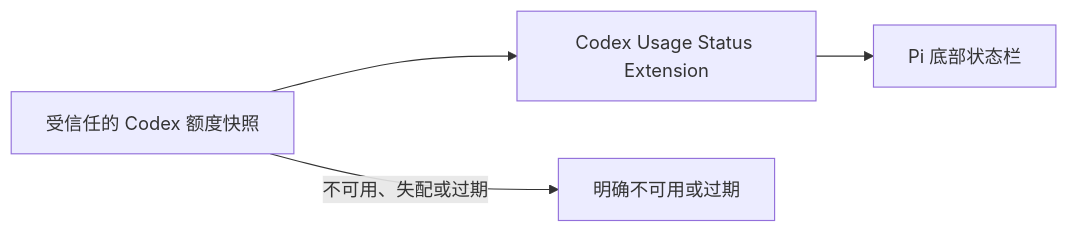
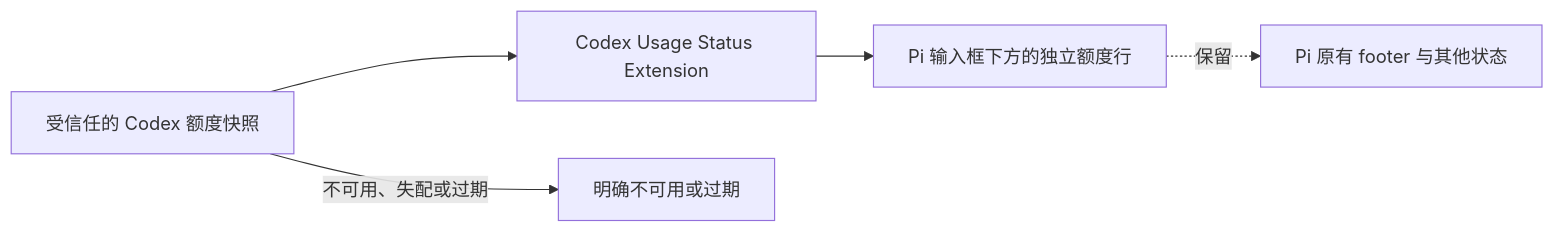
Before and after one commit to ZHOUKAILIAN/my-pi-extension: the diagram in docs/01-产品定义/扩展/codex-usage-status-扩展.md, drawn with Mermaid. The commit also changed other lines of this file and 9 other files, not shown here.

Commit message:
fix(codex-usage): render usage on a dedicated row

````diff
--- a/docs/01-产品定义/扩展/codex-usage-status-扩展.md
+++ b/docs/01-产品定义/扩展/codex-usage-status-扩展.md
@@ -13,6 +13,7 @@
 ```mermaid
 flowchart LR
     source[受信任的 Codex 额度快照] --> extension[Codex Usage Status Extension]
-    extension --> footer[Pi 底部状态栏]
+    extension --> usageRow[Pi 输入框下方的独立额度行]
+    usageRow -. 保留 .-> footer[Pi 原有 footer 与其他状态]
     source -->|不可用、失配或过期| unavailable[明确不可用或过期]
 ```
````
